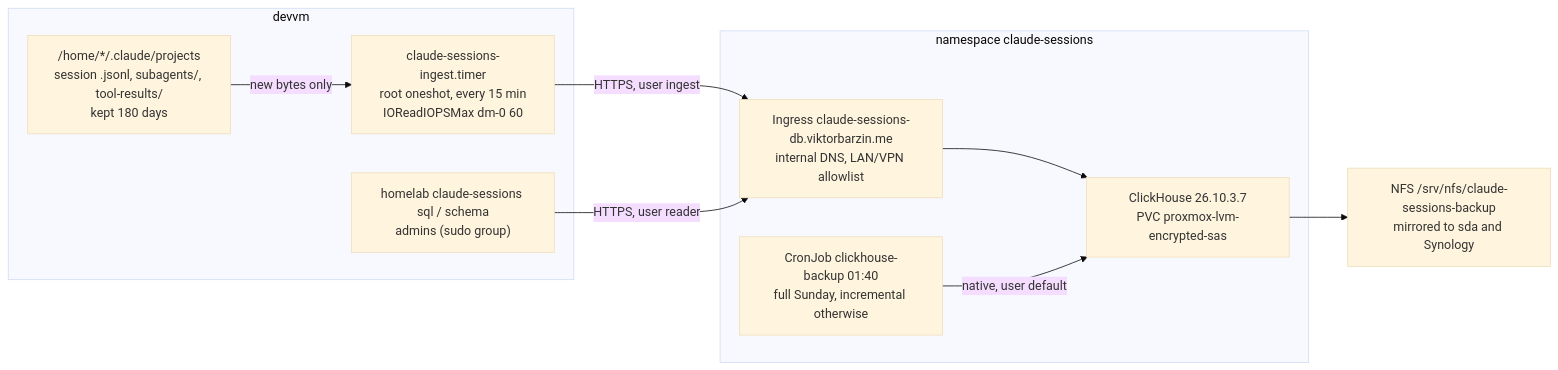
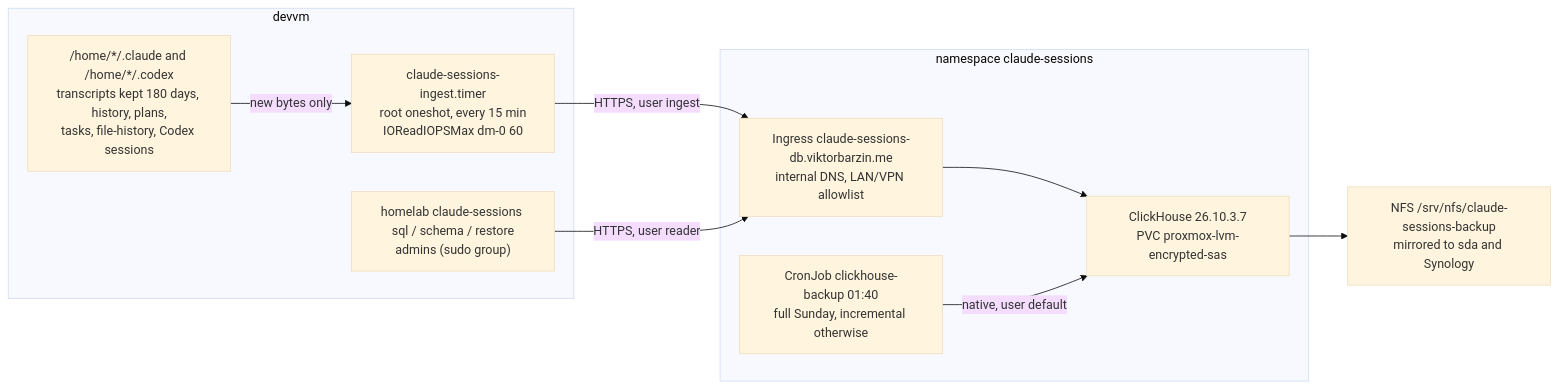
One commit to ViktorBarzin/infra changed the diagram in docs/architecture/claude-session-store.md. Above: the diagram before and after it, drawn with Mermaid (base theme). The commit also changed other lines of this file and 14 other files, not shown here.

````diff
--- a/docs/architecture/claude-session-store.md
+++ b/docs/architecture/claude-session-store.md
@@ -5,20 +5,20 @@
 ```mermaid
 flowchart LR
   subgraph devvm["devvm"]
-    T["/home/*/.claude/projects<br/>session .jsonl, subagents/, tool-results/<br/>kept 180 days"]
+    T["/home/*/.claude and /home/*/.codex<br/>transcripts kept 180 days, history, plans,<br/>tasks, file-history, Codex sessions"]
     I["claude-sessions-ingest.timer<br/>root oneshot, every 15 min<br/>IOReadIOPSMax dm-0 60"]
-    Q["homelab claude-sessions sql / schema<br/>admins (sudo group)"]
+    Q["homelab claude-sessions sql / schema / restore<br/>admins (sudo group)"]
     T -->|"new bytes only"| I
   end
   subgraph k8s["namespace claude-sessions"]
     ING["Ingress claude-sessions-db.viktorbarzin.me<br/>internal DNS, LAN/VPN allowlist"]
     CH["ClickHouse 26.10.3.7<br/>PVC proxmox-lvm-encrypted-sas"]
     B["CronJob clickhouse-backup 01:40<br/>full Sunday, incremental otherwise"]
   end
   NFS["NFS /srv/nfs/claude-sessions-backup<br/>mirrored to sda and Synology"]
   I -->|"HTTPS, user ingest"| ING
   Q -->|"HTTPS, user reader"| ING
   ING --> CH
   B -->|"native, user default"| CH
   CH --> NFS
 ```
````
